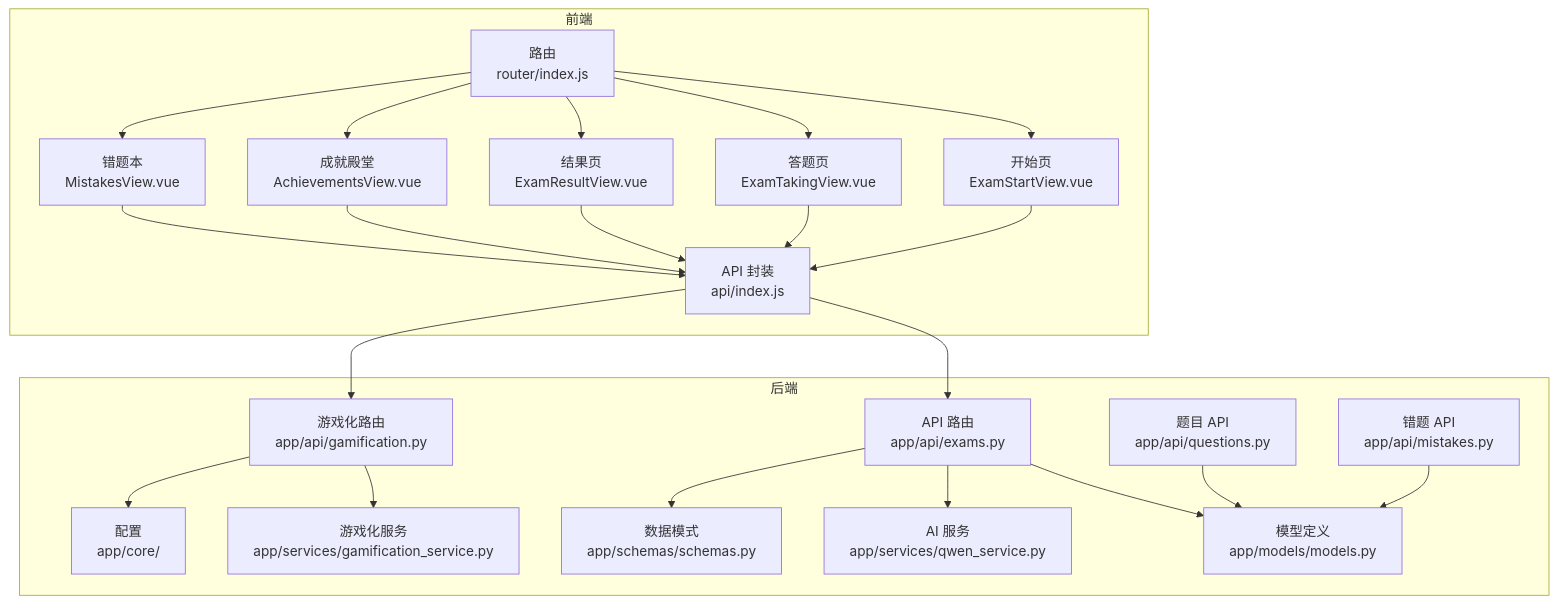
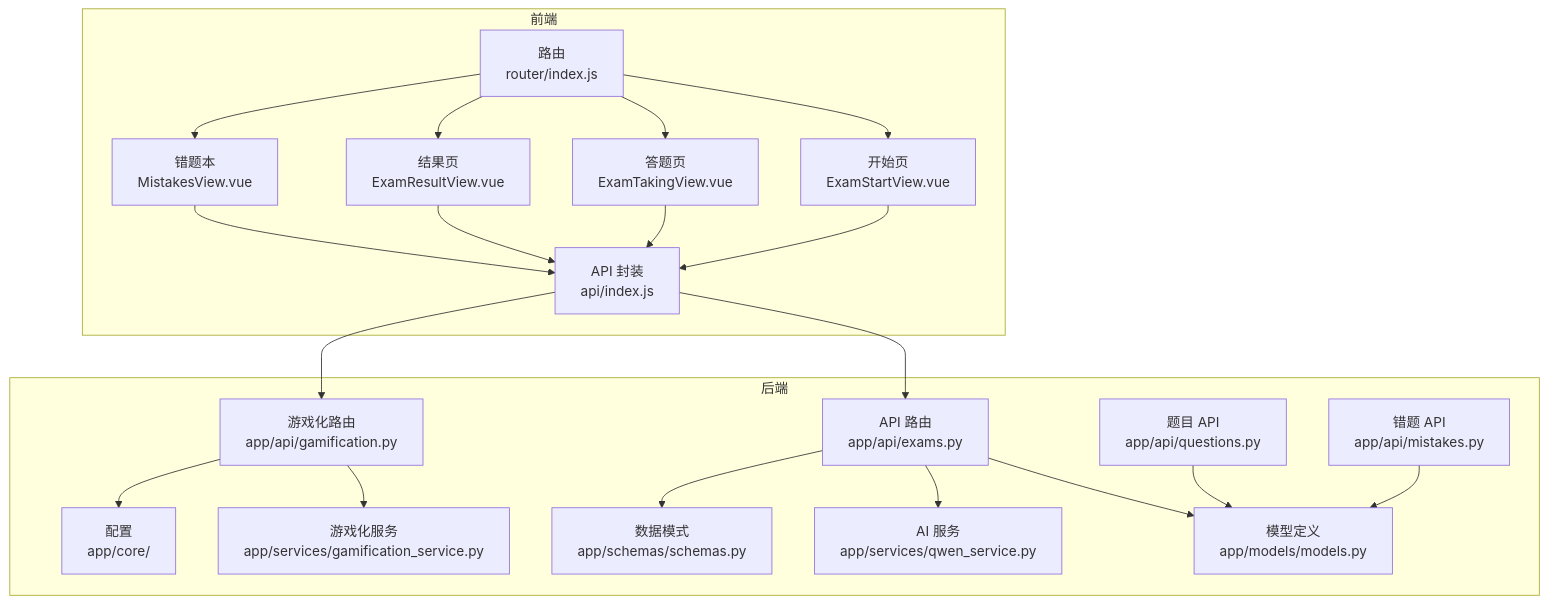
The first of 9 diagrams in .qoder/repowiki/zh/content/前端应用架构/视图组件/测验系统组件.md (zhiwenli-jack/personal-learning-manager), drawn with Mermaid before and after one commit. The commit also changed other lines of this file and 12 other files, not shown here.

````diff
--- a/.qoder/repowiki/zh/content/前端应用架构/视图组件/测验系统组件.md
+++ b/.qoder/repowiki/zh/content/前端应用架构/视图组件/测验系统组件.md
@@ -59,42 +65,39 @@
 ```mermaid
 graph TB
 subgraph "前端"
 FE_Router["路由<br/>router/index.js"]
 FE_API["API 封装<br/>api/index.js"]
 FE_Start["开始页<br/>ExamStartView.vue"]
 FE_Taking["答题页<br/>ExamTakingView.vue"]
 FE_Result["结果页<br/>ExamResultView.vue"]
-FE_Achievements["成就殿堂<br/>AchievementsView.vue"]
 FE_Mistakes["错题本<br/>MistakesView.vue"]
 end
 subgraph "后端"
 BE_Router["API 路由<br/>app/api/exams.py"]
 BE_GamiRouter["游戏化路由<br/>app/api/gamification.py"]
 BE_Qwen["AI 服务<br/>app/services/qwen_service.py"]
 BE_DB["模型定义<br/>app/models/models.py"]
 BE_Schema["数据模式<br/>app/schemas/schemas.py"]
 BE_GamiService["游戏化服务<br/>app/services/gamification_service.py"]
 BE_QAPI["题目 API<br/>app/api/questions.py"]
 BE_MAPI["错题 API<br/>app/api/mistakes.py"]
 BE_Core["配置<br/>app/core/"]
 end
 FE_Router --> FE_Start
 FE_Router --> FE_Taking
 FE_Router --> FE_Result
-FE_Router --> FE_Achievements
 FE_Router --> FE_Mistakes
 FE_Start --> FE_API
 FE_Taking --> FE_API
 FE_Result --> FE_API
-FE_Achievements --> FE_API
 FE_Mistakes --> FE_API
 FE_API --> BE_Router
 FE_API --> BE_GamiRouter
 BE_Router --> BE_DB
 BE_Router --> BE_Qwen
 BE_Router --> BE_Schema
 BE_GamiRouter --> BE_GamiService
 BE_GamiRouter --> BE_Core
 BE_QAPI --> BE_DB
 BE_MAPI --> BE_DB
 ```
````
